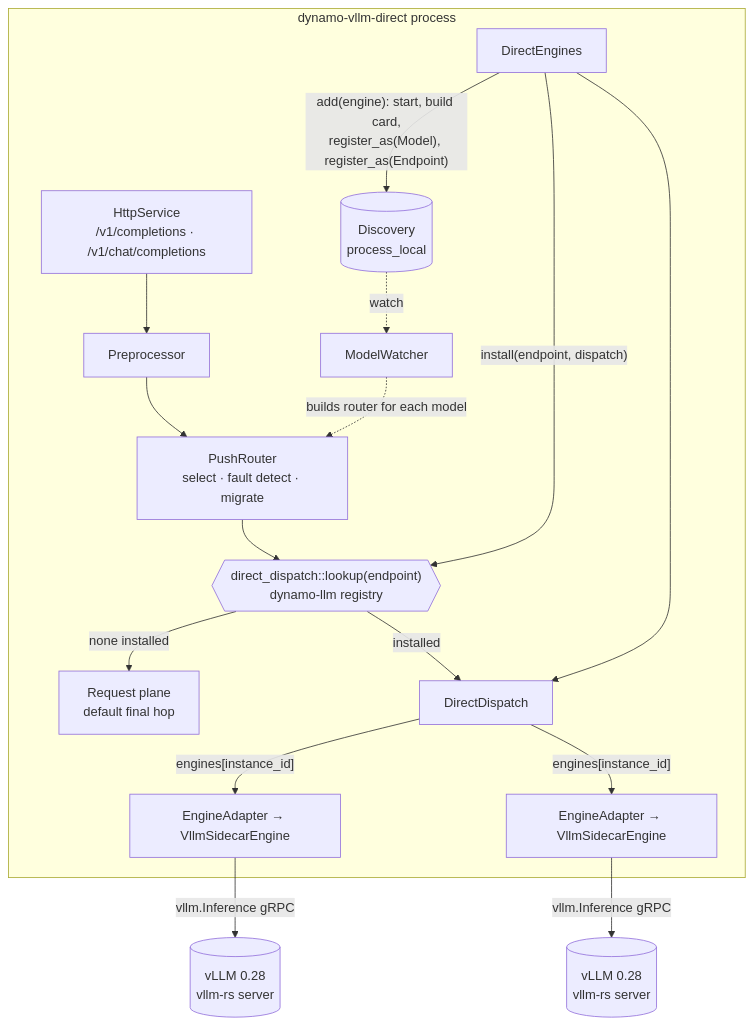
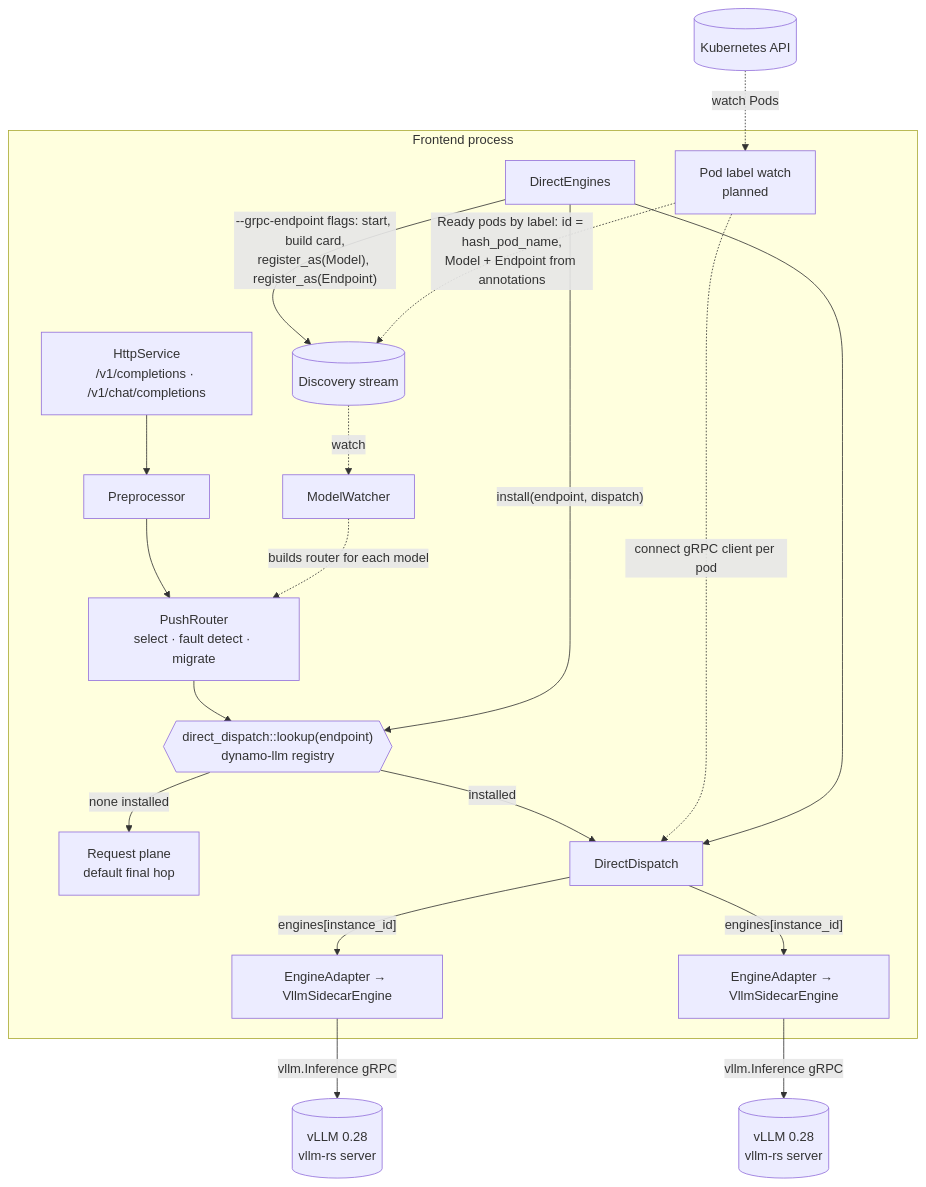
The third of 5 diagrams in lib/sidecar/vllm/DIRECT.md (nnshah1/dynamo), drawn with Mermaid before and after one commit. The commit also changed other lines of this file, not shown here.

First line of the commit message:
docs(vllm-direct): separate processes, label-selector discovery, request/response path

````diff
--- a/lib/sidecar/vllm/DIRECT.md
+++ b/lib/sidecar/vllm/DIRECT.md
@@ -61,30 +83,34 @@
 ```mermaid
 flowchart TB
-    subgraph process["dynamo-vllm-direct process"]
+    subgraph process["Frontend process"]
         HTTP[HttpService<br/>/v1/completions · /v1/chat/completions]
         MW[ModelWatcher]
         PRE[Preprocessor]
         PR[PushRouter<br/>select · fault detect · migrate]
         HOOK{{"direct_dispatch::lookup(endpoint)<br/>dynamo-llm registry"}}
         RP[Request plane<br/>default final hop]
         DD[DirectDispatch]
         DE[DirectEngines]
         A1[EngineAdapter → VllmSidecarEngine]
         A2[EngineAdapter → VllmSidecarEngine]
-        DISC[(Discovery<br/>process_local)]
+        DISC[(Discovery stream)]
+        LW["Pod label watch<br/>planned"]
 
         HTTP --> PRE --> PR
         MW -. builds router for each model .-> PR
         PR --> HOOK
         HOOK -- none installed --> RP
         HOOK -- installed --> DD
         DD -- "engines[instance_id]" --> A1
         DD -- "engines[instance_id]" --> A2
-        DE -- "add(engine): start, build card,<br/>register_as(Model), register_as(Endpoint)" --> DISC
+        DE -- "--grpc-endpoint flags: start, build card,<br/>register_as(Model), register_as(Endpoint)" --> DISC
+        LW -. "Ready pods by label: id = hash_pod_name,<br/>Model + Endpoint from annotations" .-> DISC
+        LW -. "connect gRPC client per pod" .-> DD
         DE -- install(endpoint, dispatch) --> HOOK
         DE --> DD
         DISC -. watch .-> MW
     end
     A1 -- "vllm.Inference gRPC" --> V1[(vLLM 0.28<br/>vllm-rs server)]
     A2 -- "vllm.Inference gRPC" --> V2[(vLLM 0.28<br/>vllm-rs server)]
+    K8S[(Kubernetes API)] -. "watch Pods" .-> LW
 ```
````
